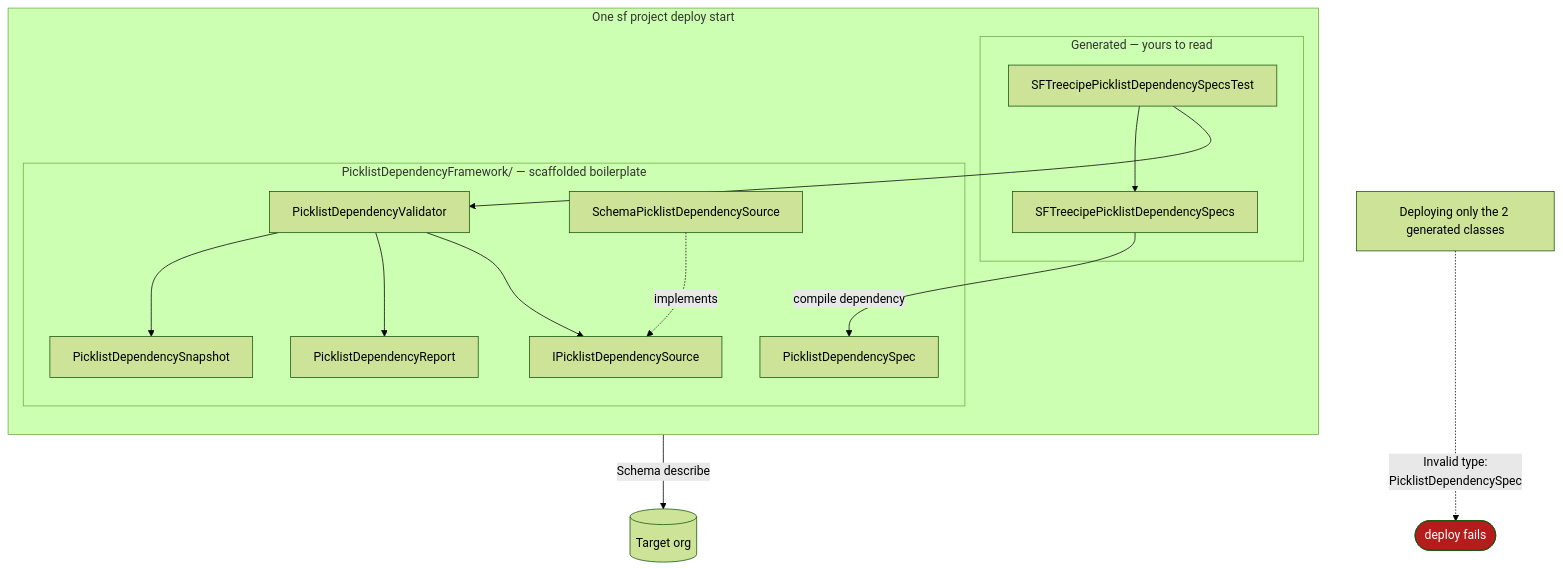
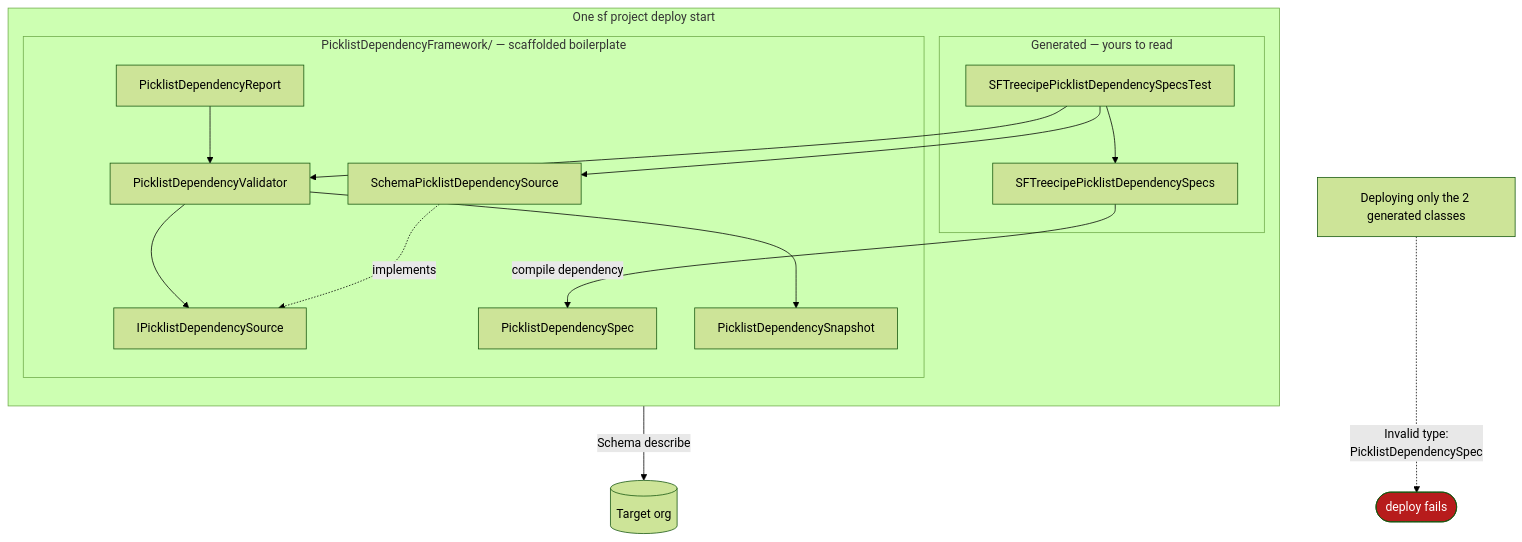
One commit to jdschleicher/Salesforce-Data-Treecipe changed the sixth of 8 diagrams in scripts/picklist-dependency-demo/PICKLIST-DEPENDENCY-FLOW.md. Above: the diagram before and after it, drawn with Mermaid (forest theme). The commit also changed other lines of this file, not shown here.

First line of the commit message:
docs: correct diagram inaccuracies found in review

````diff
--- a/scripts/picklist-dependency-demo/PICKLIST-DEPENDENCY-FLOW.md
+++ b/scripts/picklist-dependency-demo/PICKLIST-DEPENDENCY-FLOW.md
@@ -236,30 +245,31 @@
 ```mermaid
 flowchart TB
     subgraph tx["One sf project deploy start"]
         direction TB
         subgraph gen["Generated — yours to read"]
             SPECS["SFTreecipePicklistDependencySpecs"]
             TEST["SFTreecipePicklistDependencySpecsTest"]
         end
         subgraph fw["PicklistDependencyFramework/ — scaffolded boilerplate"]
             I["IPicklistDependencySource"]
             SPEC["PicklistDependencySpec"]
             SNAP["PicklistDependencySnapshot"]
             REP["PicklistDependencyReport"]
             VAL["PicklistDependencyValidator"]
             SRC["SchemaPicklistDependencySource"]
         end
     end
 
     SPECS -->|"compile dependency"| SPEC
     TEST --> SPECS
     TEST --> VAL
+    TEST --> SRC
     VAL --> SNAP
-    VAL --> REP
     VAL --> I
+    REP --> VAL
     SRC -.->|"implements"| I
     SRC -->|"Schema describe"| ORG[("Target org")]
 
     BAD["Deploying only the 2 generated classes"] -.->|"Invalid type:<br/>PicklistDependencySpec"| FAILS(["deploy fails"])
     style FAILS fill:#b71c1c,color:#fff
 ```
````
